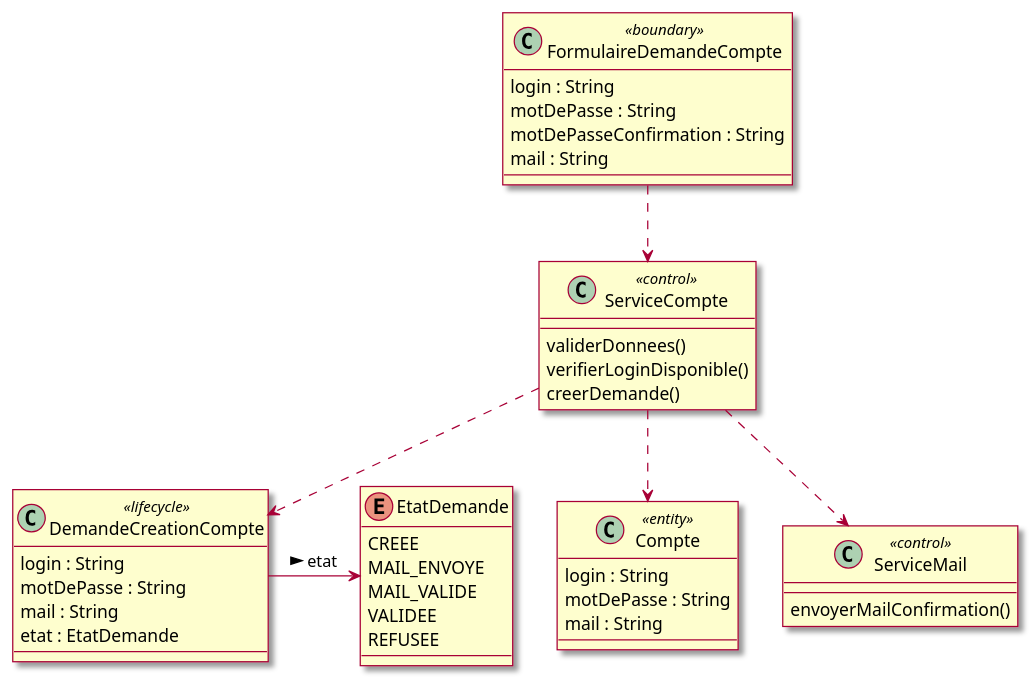
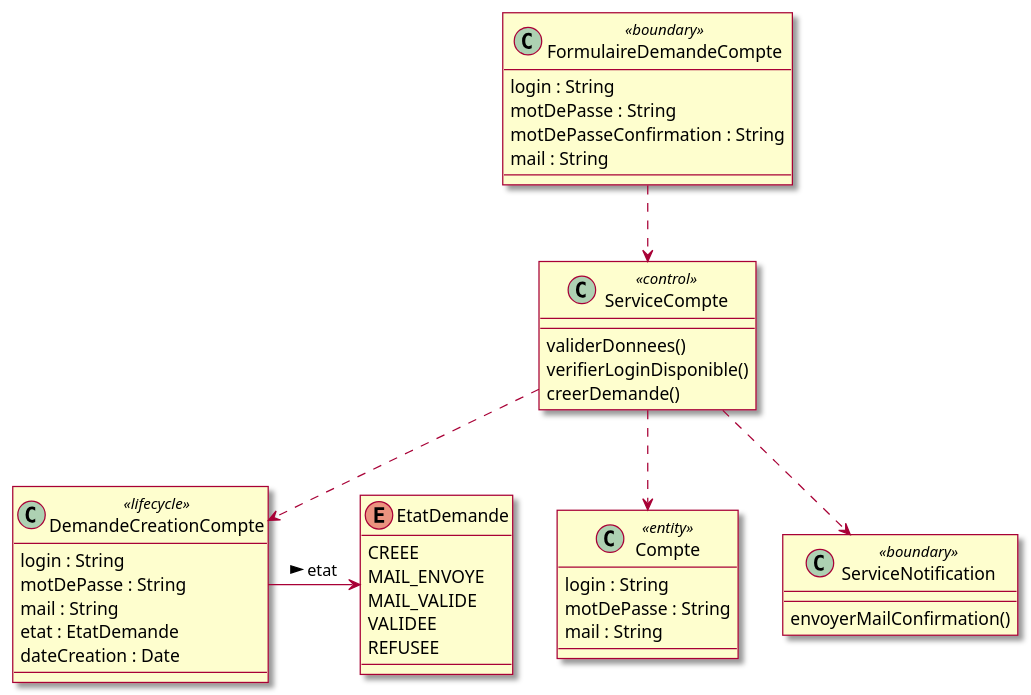
The first of 58 diagrams in docs/02-Analyse.md (mrajaonson/glg204-room-management-system), drawn with PlantUML before and after one commit. The commit also changed other lines of this file and 3 other files, not shown here.

````diff
--- a/docs/02-Analyse.md
+++ b/docs/02-Analyse.md
@@ -118,50 +122,51 @@
 ```plantuml
 @startuml
 skin rose
 
 class Compte <<entity>> {
   login : String
   motDePasse : String
   mail : String
 }
 
 enum EtatDemande {
   CREEE
   MAIL_ENVOYE
   MAIL_VALIDE
   VALIDEE
   REFUSEE
 }
 
 class DemandeCreationCompte <<lifecycle>> {
   login : String
   motDePasse : String
   mail : String
   etat : EtatDemande
+  dateCreation : Date
 }
 
 class FormulaireDemandeCompte <<boundary>> {
   login : String
   motDePasse : String
   motDePasseConfirmation : String
   mail : String
 }
 
 class ServiceCompte <<control>> {
   validerDonnees()
   verifierLoginDisponible()
   creerDemande()
 }
 
-class ServiceMail <<control>> {
+class ServiceNotification <<boundary>> {
   envoyerMailConfirmation()
 }
 
 FormulaireDemandeCompte ..> ServiceCompte
 ServiceCompte ..> Compte
 ServiceCompte ..> DemandeCreationCompte
-ServiceCompte ..> ServiceMail
+ServiceCompte ..> ServiceNotification
 DemandeCreationCompte -> EtatDemande : > etat
 
 @enduml
 ```
````
